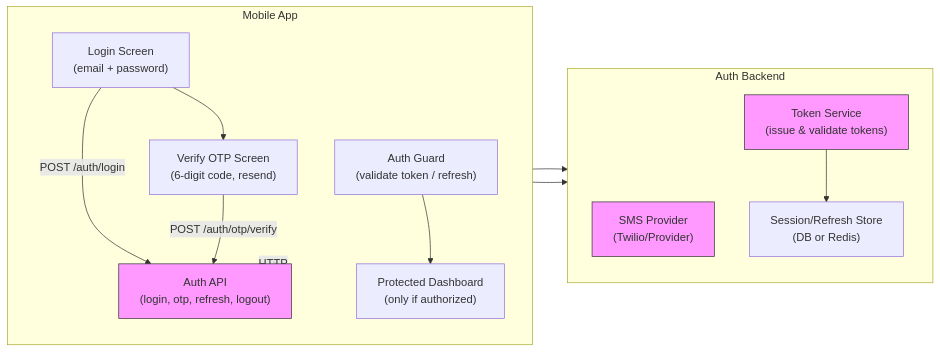
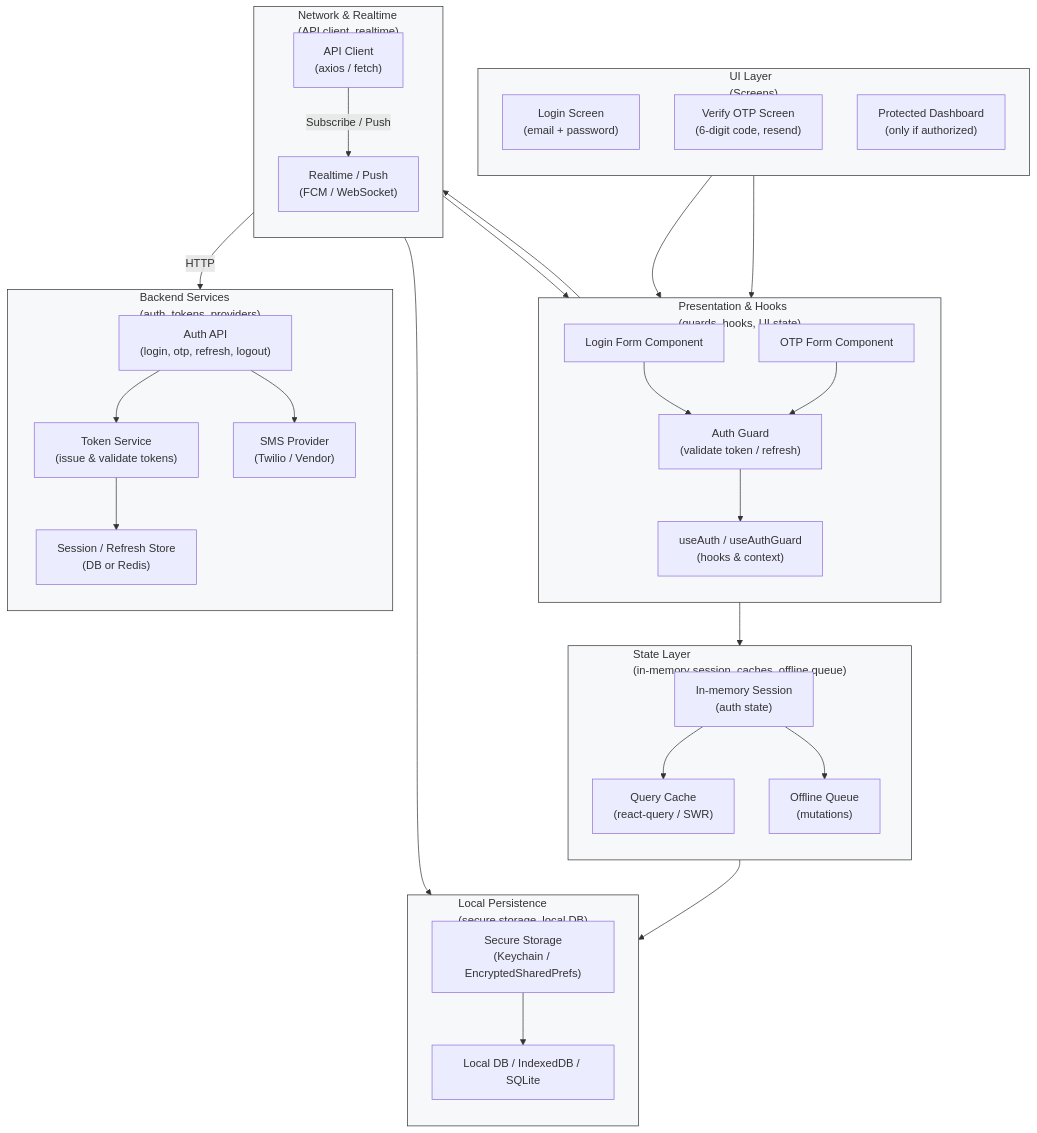
Before and after one commit to matin91/mobile-system-design: the diagram in auth.md, drawn with Mermaid.

Commit message:
Refactor authentication flowchart in auth.md for improved clarity and structure

````diff
--- a/auth.md
+++ b/auth.md
@@ -160,31 +160,86 @@
 ```mermaid
-flowchart LR
-  subgraph Client[Mobile App]
+flowchart TB
+  %% Layers top-to-bottom: UI -> Presentation & Hooks -> Network & Realtime -> State Layer -> Local Persistence -> Backend Services
+
+  %% UI Layer (screens)
+  subgraph UI["UI Layer\n(Screens)"]
     direction TB
     LoginScreen["Login Screen\n(email + password)"]
     VerifyScreen["Verify OTP Screen\n(6-digit code, resend)"]
-    AuthGuard["Auth Guard\n(validate token / refresh)"]
     Dashboard["Protected Dashboard\n(only if authorized)"]
-
-    LoginScreen -->|POST /auth/login| AuthAPI
-    LoginScreen --> VerifyScreen
-    VerifyScreen -->|POST /auth/otp/verify| AuthAPI
-    AuthGuard --> Dashboard
   end
 
-  subgraph Server[Auth Backend]
+  %% Presentation & Hooks (guards, hooks, form components)
+  subgraph Presentation["Presentation & Hooks\n(guards, hooks, UI state)"]
+    direction TB
+    AuthGuard["Auth Guard\n(validate token / refresh)"]
+    UseAuth["useAuth / useAuthGuard\n(hooks & context)"]
+    LoginForm["Login Form Component"]
+    OTPForm["OTP Form Component"]
+  end
+
+  %% Network & Realtime (API client, realtime/push)
+  subgraph Network["Network & Realtime\n(API client, realtime)"]
+    direction TB
+    APIClient["API Client\n(axios / fetch)" ]
+    Realtime["Realtime / Push\n(FCM / WebSocket)" ]
+  end
+
+  %% State Layer (in-memory session, caches, offline queue)
+  subgraph State["State Layer\n(in-memory session, caches, offline queue)"]
+    direction TB
+    InMemorySession["In-memory Session\n(auth state)"]
+    QueryCache["Query Cache\n(react-query / SWR)"]
+    OfflineQueue["Offline Queue\n(mutations)" ]
+  end
+
+  %% Local Persistence (secure storage, local DB)
+  subgraph Local["Local Persistence\n(secure storage, local DB)"]
+    direction TB
+    SecureStore["Secure Storage\n(Keychain / EncryptedSharedPrefs)"]
+    LocalDB["Local DB / IndexedDB / SQLite"]
+  end
+
+  %% Backend Services
+  subgraph Backend["Backend Services\n(auth, tokens, providers)"]
     direction TB
     AuthAPI["Auth API\n(login, otp, refresh, logout)"]
-    OTPProvider["SMS Provider\n(Twilio/Provider)"]
     TokenSvc["Token Service\n(issue & validate tokens)"]
-    SessionStore["Session/Refresh Store\n(DB or Redis)"]
+    OTPProvider["SMS Provider\n(Twilio / Vendor)"]
+    SessionStore["Session / Refresh Store\n(DB or Redis)"]
   end
 
-  Client -->|HTTP| AuthAPI
+  %% --- Connections ---
+  %% UI -> Presentation
+  LoginScreen --> LoginForm
+  VerifyScreen --> OTPForm
+  LoginForm --> AuthGuard
+  OTPForm --> AuthGuard
+
+  %% Presentation -> Network
+  AuthGuard --> UseAuth
+  UseAuth --> APIClient
+
+  %% Network -> Backend & Realtime
+  APIClient -->|HTTP| AuthAPI
+  APIClient -->|Subscribe / Push| Realtime
+  Realtime --> OTPForm
+
+  %% State interactions
+  UseAuth --> InMemorySession
+  InMemorySession --> QueryCache
+  InMemorySession --> OfflineQueue
+
+  %% Persistence
+  APIClient --> SecureStore
+  InMemorySession --> SecureStore
+  SecureStore --> LocalDB
+
+  %% Backend internals
+  AuthAPI --> TokenSvc
   AuthAPI --> OTPProvider
-  AuthAPI --> TokenSvc
   TokenSvc --> SessionStore
 
-  classDef service fill:#f9f,stroke:#333,stroke-width:1px;
-  class AuthAPI,TokenSvc,OTPProvider service;
+  classDef layer fill:#f6f8fa,stroke:#333,stroke-width:1px;
+  class UI,Presentation,Network,State,Local,Backend layer;
 ```
````
